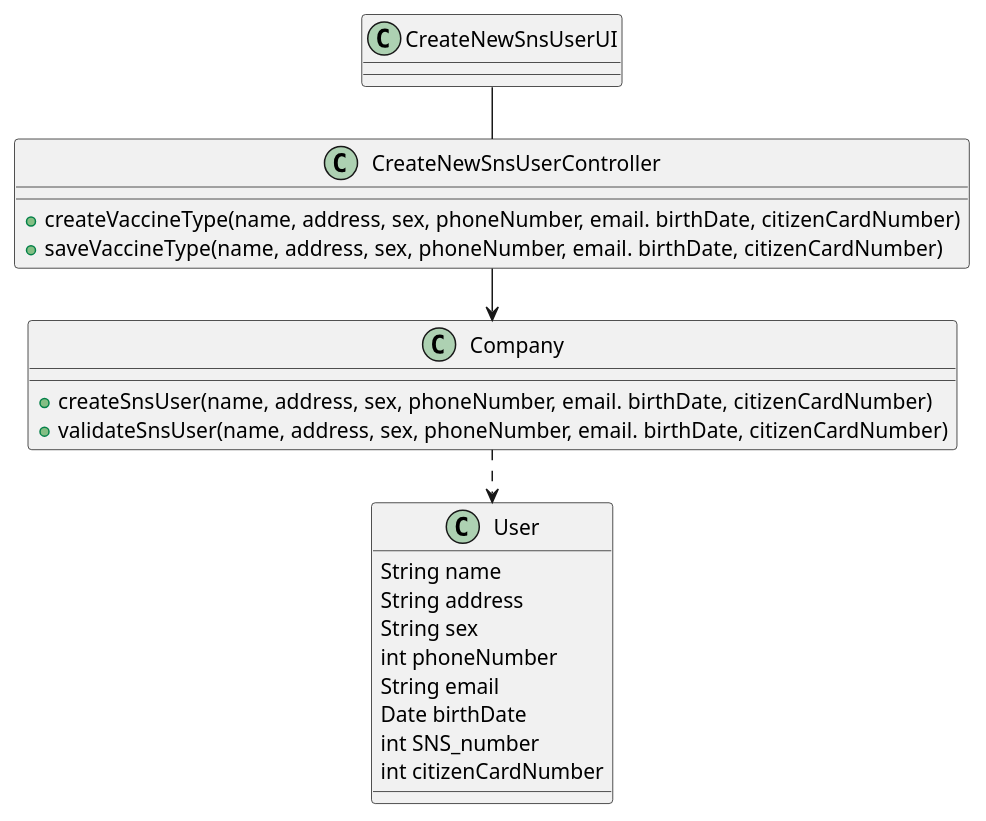
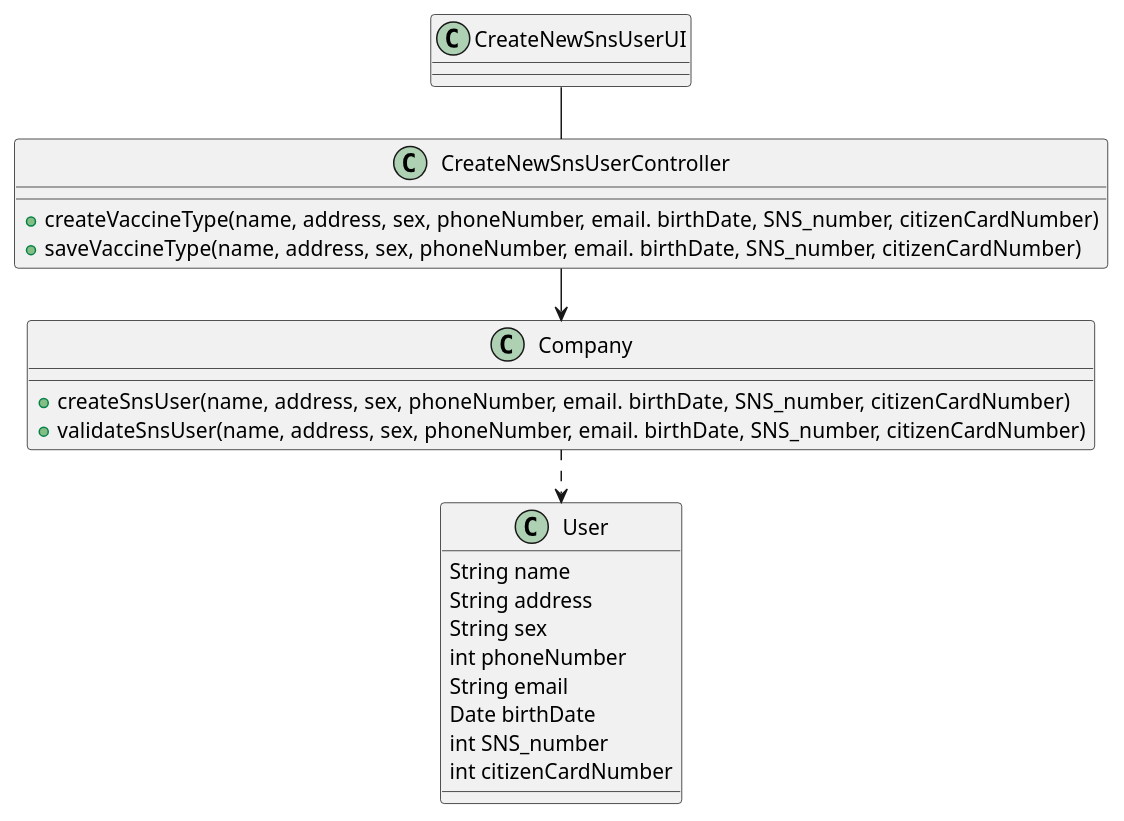
Before and after one commit to Pirussa/lei-22-s2-1da-g02: the diagram in docs/SprintB/US003/US003_CD.puml, drawn with PlantUML. The commit also changed 2 other files, not shown here.

```diff
--- a/docs/SprintB/US003/US003_CD.puml
+++ b/docs/SprintB/US003/US003_CD.puml
@@ -1,34 +1,34 @@
 @startuml
 'https://plantuml.com/class-diagram
 
 class Company {
-+createSnsUser(name, address, sex, phoneNumber, email. birthDate, citizenCardNumber)
-+validateSnsUser(name, address, sex, phoneNumber, email. birthDate, citizenCardNumber)
++createSnsUser(name, address, sex, phoneNumber, email. birthDate, SNS_number, citizenCardNumber)
++validateSnsUser(name, address, sex, phoneNumber, email. birthDate, SNS_number, citizenCardNumber)
 }
 
 class User {
 String name
 String address
 String sex
 int phoneNumber
 String email
 Date birthDate
 int SNS_number
 int citizenCardNumber
 }
 
 class CreateNewSnsUserUI
 
 class CreateNewSnsUserController{
-+createVaccineType(name, address, sex, phoneNumber, email. birthDate, citizenCardNumber)
-+saveVaccineType(name, address, sex, phoneNumber, email. birthDate, citizenCardNumber)
++createVaccineType(name, address, sex, phoneNumber, email. birthDate, SNS_number, citizenCardNumber)
++saveVaccineType(name, address, sex, phoneNumber, email. birthDate, SNS_number, citizenCardNumber)
 }
 
 
 left to right direction
 
 CreateNewSnsUserUI - CreateNewSnsUserController
 CreateNewSnsUserController -> Company
 Company .> User
 
 @enduml
```
